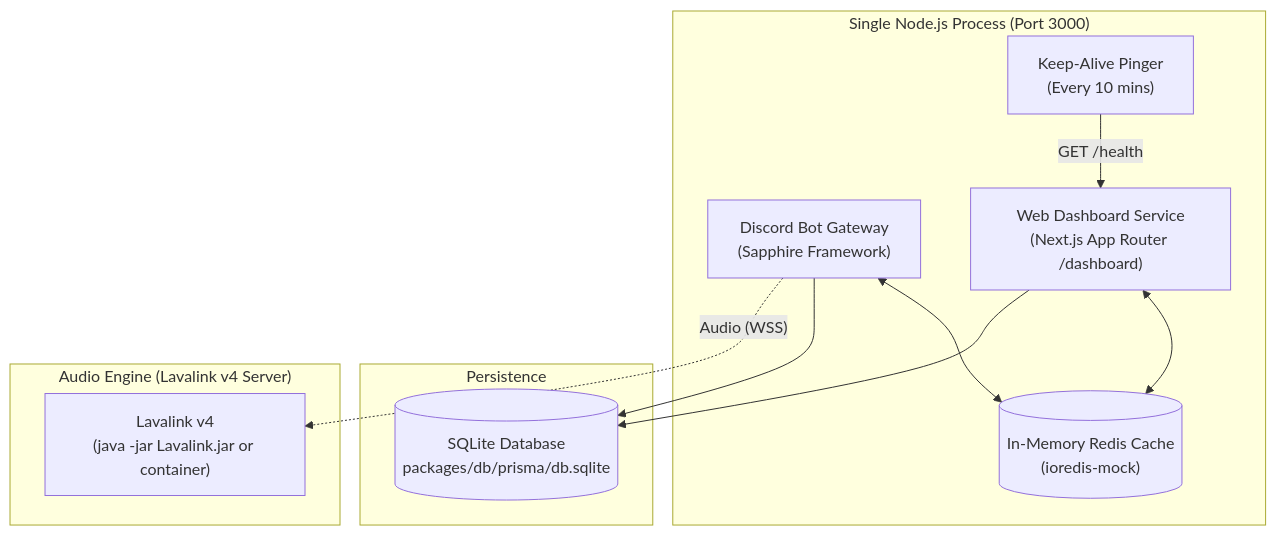
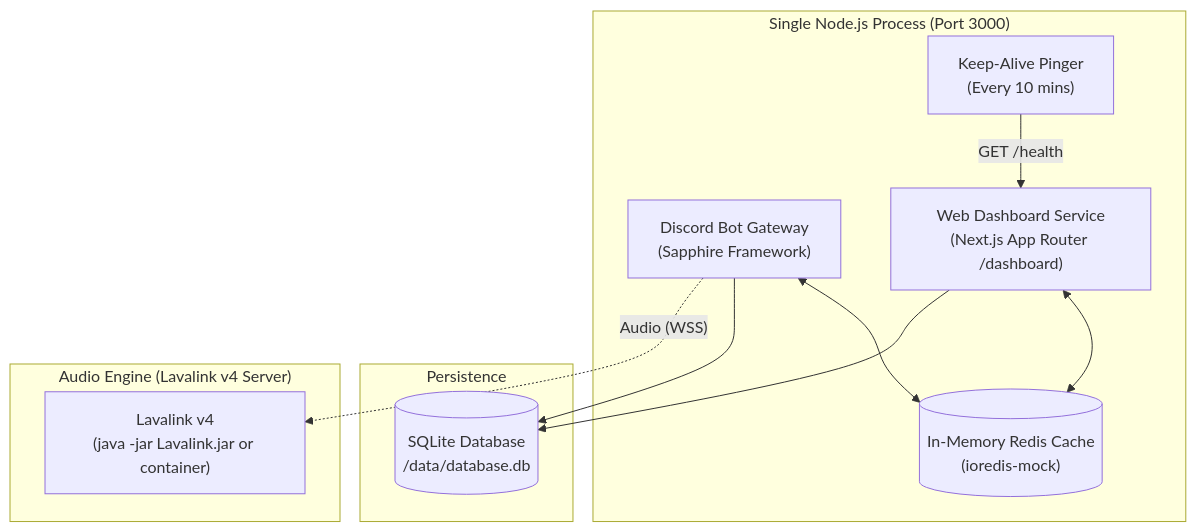
The diagram in wiki/Deployment.md (PhantomNimbi/Master-Bot), drawn with Mermaid before and after one commit. The commit also changed other lines of this file and 8 other files, not shown here.

````diff
--- a/wiki/Deployment.md
+++ b/wiki/Deployment.md
@@ -11,24 +11,24 @@
 ```mermaid
 flowchart TD
     subgraph SingleProcess ["Single Node.js Process (Port 3000)"]
         Bot["Discord Bot Gateway<br/>(Sapphire Framework)"]
         Dashboard["Web Dashboard Service<br/>(Next.js App Router /dashboard)"]
         Cache[("In-Memory Redis Cache<br/>(ioredis-mock)")]
         KeepAlive["Keep-Alive Pinger<br/>(Every 10 mins)"]
     end
 
     subgraph Storage ["Persistence"]
-        DB[("SQLite Database<br/>packages/db/prisma/db.sqlite")]
+        DB[("SQLite Database<br/>/data/database.db")]
     end
 
     subgraph AudioEngine ["Audio Engine (Lavalink v4 Server)"]
         Lavalink["Lavalink v4<br/>(java -jar Lavalink.jar or container)"]
     end
 
     Bot <--> Cache
     Dashboard <--> Cache
     Bot --> DB
     Dashboard --> DB
     Bot -.->|"Audio (WSS)"| Lavalink
     KeepAlive -->|"GET /health"| Dashboard
 ```
````
